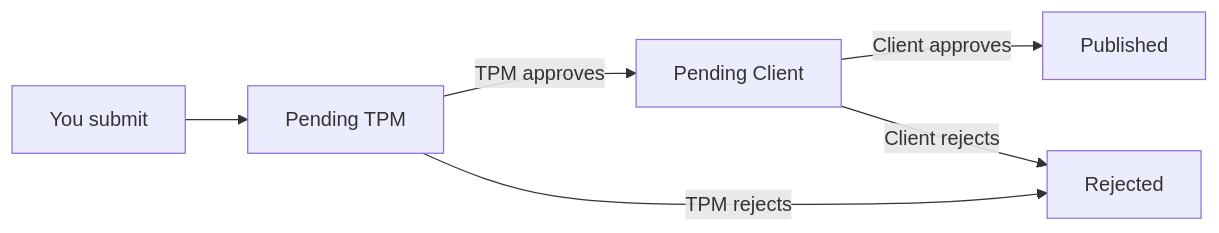
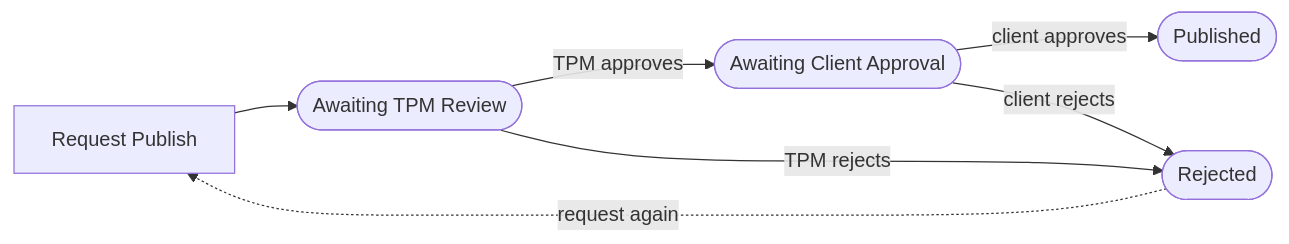
One commit to Securityboat/SB1-Knowladge-Base- changed the diagram in docs/researcher/16-disclosure-requests.md. Above: the diagram before and after it, drawn with Mermaid. The commit also changed other lines of this file and 181 other files, not shown here.

````diff
--- a/docs/researcher/16-disclosure-requests.md
+++ b/docs/researcher/16-disclosure-requests.md
@@ -22,8 +27,9 @@
 ```mermaid
-graph LR
-    A[You submit] --> B[Pending TPM]
-    B -->|TPM approves| C[Pending Client]
-    B -->|TPM rejects| D[Rejected]
-    C -->|Client approves| E[Published]
-    C -->|Client rejects| D
+flowchart LR
+    A[Request Publish] --> B([Awaiting TPM Review])
+    B -->|TPM approves| C([Awaiting Client Approval])
+    B -->|TPM rejects| D([Rejected])
+    C -->|client approves| E([Published])
+    C -->|client rejects| D
+    D -.->|request again| A
 ```
````
